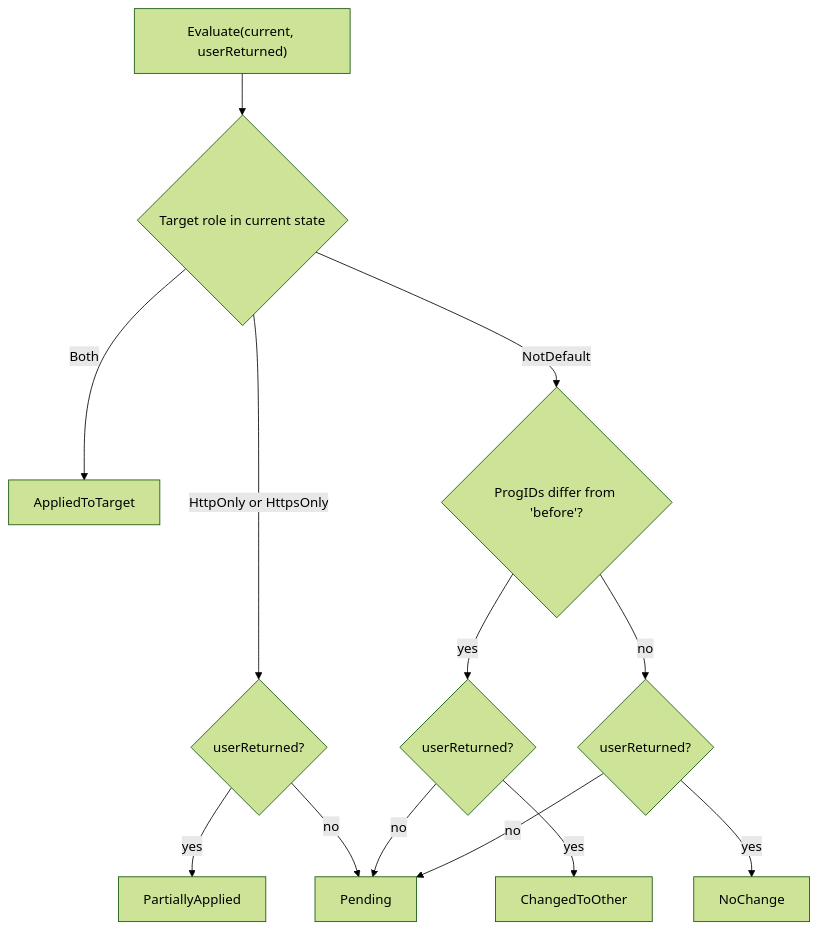
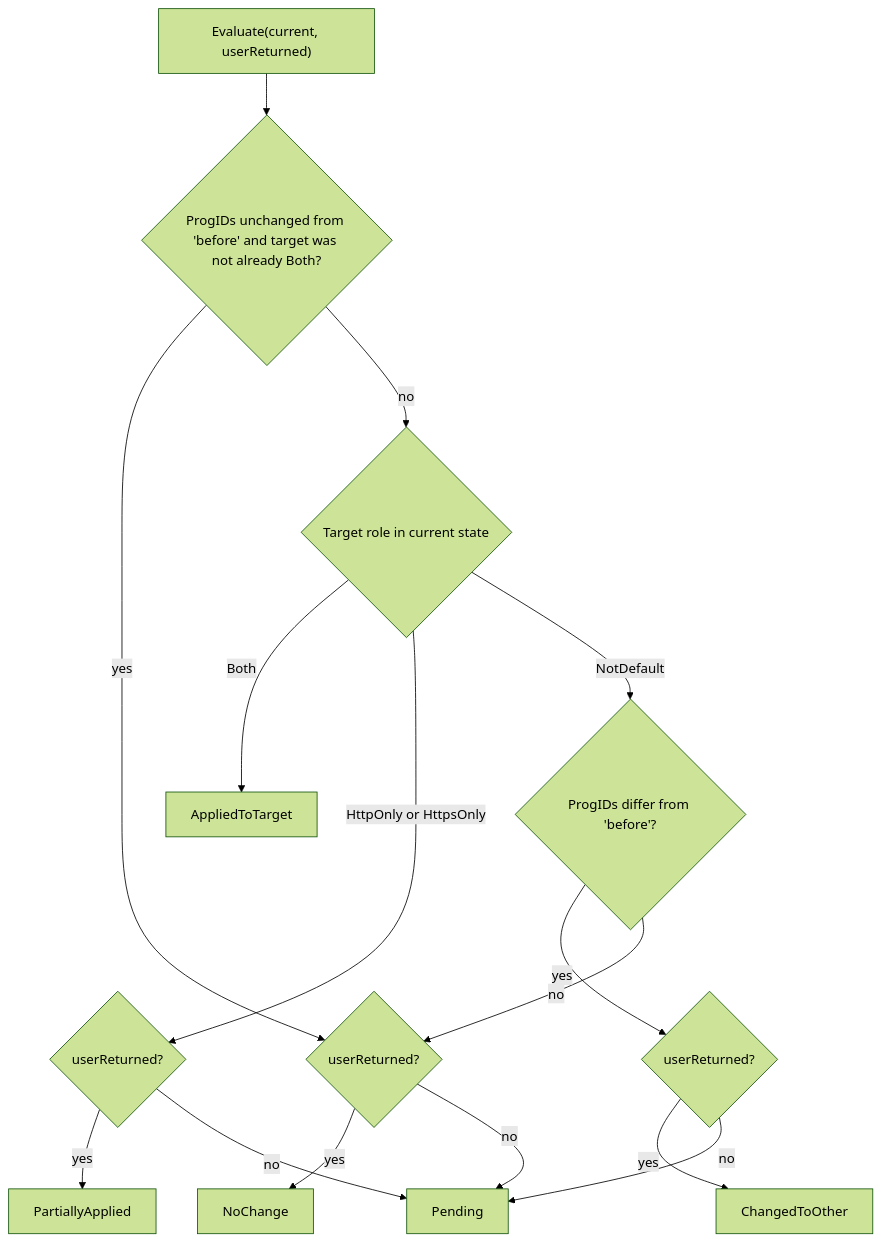
Before and after one commit to tlzs-oss/browserflip: the fifth of 5 diagrams in docs/architecture.md, drawn with Mermaid (forest theme). The commit also changed other lines of this file and 21 other files, not shown here.

````diff
--- a/docs/architecture.md
+++ b/docs/architecture.md
@@ -206,15 +206,17 @@
 ```mermaid
 flowchart TD
-    A["Evaluate(current, userReturned)"] --> B{"Target role in current state"}
+    A["Evaluate(current, userReturned)"] --> Z{"ProgIDs unchanged from 'before' and target was not already Both?"}
+    Z -->|"yes"| F
+    Z -->|"no"| B{"Target role in current state"}
     B -->|"Both"| R1["AppliedToTarget"]
     B -->|"HttpOnly or HttpsOnly"| C{"userReturned?"}
     C -->|"yes"| R2["PartiallyApplied"]
     C -->|"no"| P["Pending"]
     B -->|"NotDefault"| D{"ProgIDs differ from 'before'?"}
     D -->|"yes"| E{"userReturned?"}
     E -->|"yes"| R3["ChangedToOther"]
     E -->|"no"| P
     D -->|"no"| F{"userReturned?"}
     F -->|"yes"| R4["NoChange"]
     F -->|"no"| P
 ```
````
